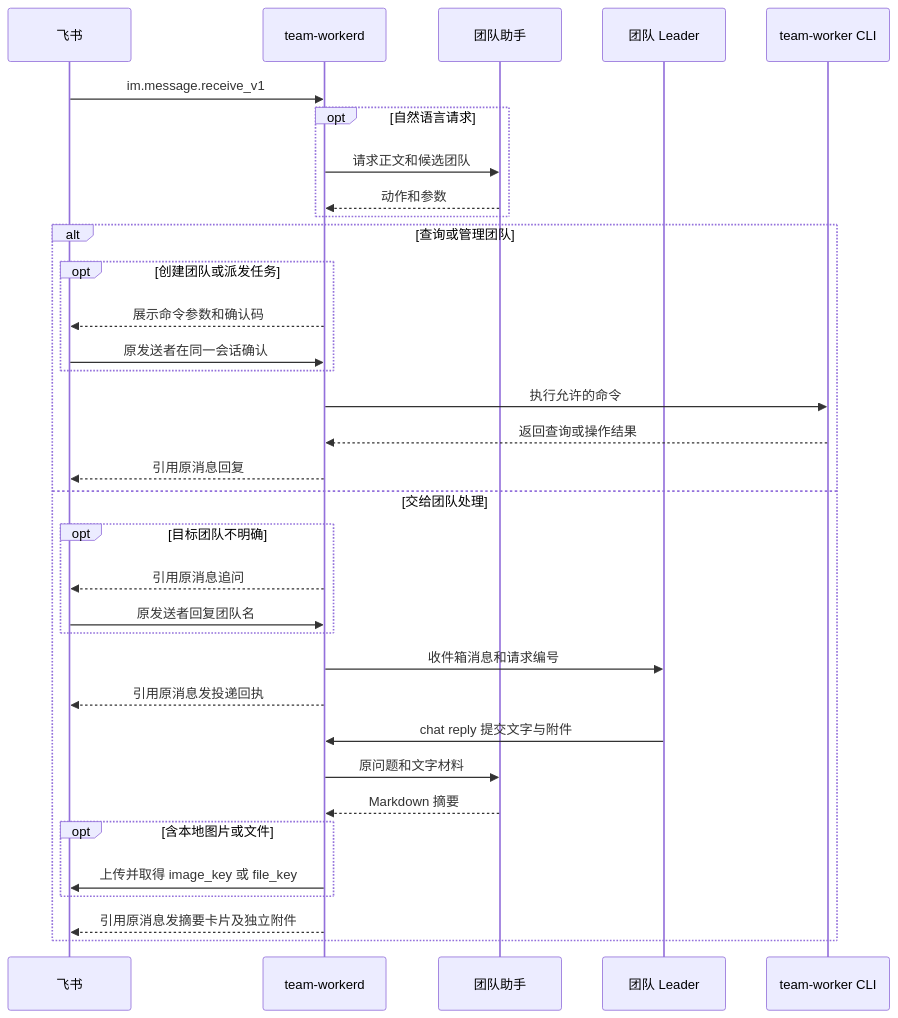
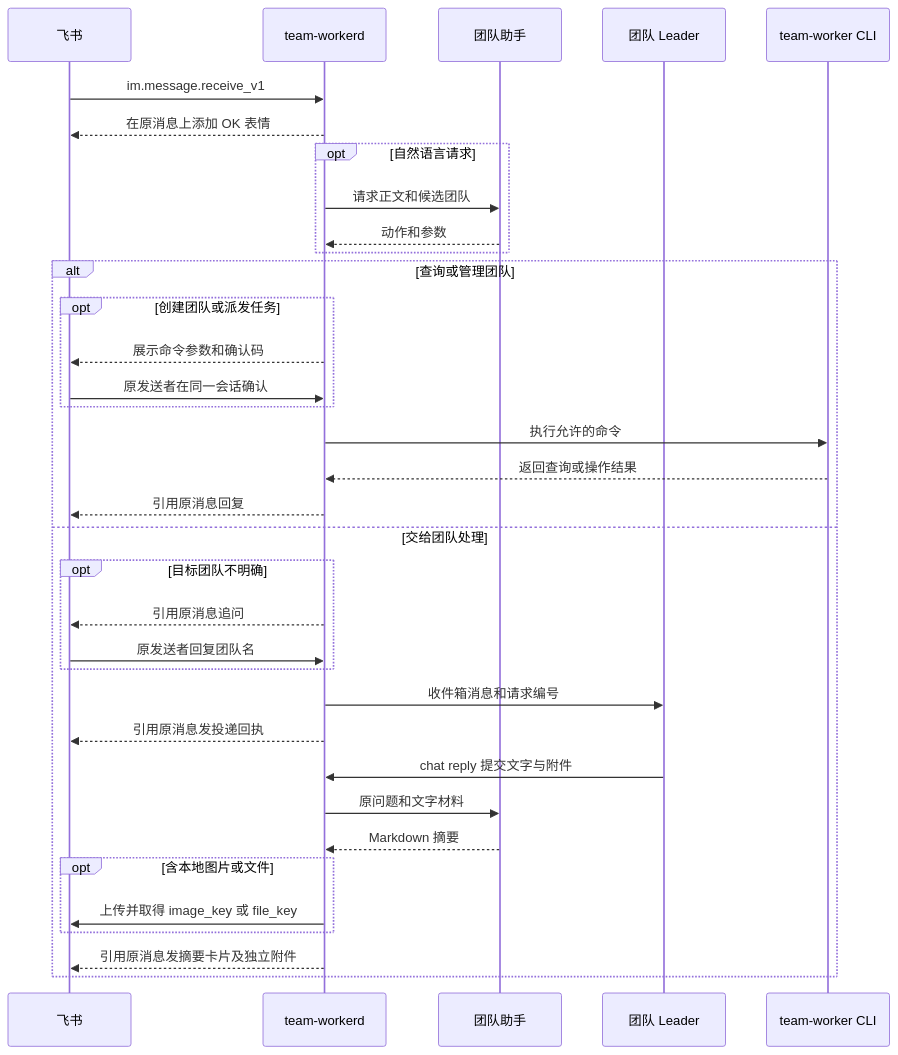
One commit to BenLocal/team-worker changed the diagram in docs/feishu-call-flow.md. Above: the diagram before and after it, drawn with Mermaid. The commit also changed other lines of this file and 4 other files, not shown here.

````diff
--- a/docs/feishu-call-flow.md
+++ b/docs/feishu-call-flow.md
@@ -13,36 +13,37 @@
 ```mermaid
 sequenceDiagram
     participant F as 飞书
     participant D as team-workerd
     participant A as 团队助手
     participant L as 团队 Leader
     participant C as team-worker CLI
     F->>D: im.message.receive_v1
+    D-->>F: 在原消息上添加 OK 表情
     opt 自然语言请求
         D->>A: 请求正文和候选团队
         A-->>D: 动作和参数
     end
     alt 查询或管理团队
         opt 创建团队或派发任务
             D-->>F: 展示命令参数和确认码
             F->>D: 原发送者在同一会话确认
         end
         D->>C: 执行允许的命令
         C-->>D: 返回查询或操作结果
         D-->>F: 引用原消息回复
     else 交给团队处理
         opt 目标团队不明确
             D-->>F: 引用原消息追问
             F->>D: 原发送者回复团队名
         end
         D->>L: 收件箱消息和请求编号
         D-->>F: 引用原消息发投递回执
         L->>D: chat reply 提交文字与附件
         D->>A: 原问题和文字材料
         A-->>D: Markdown 摘要
         opt 含本地图片或文件
             D->>F: 上传并取得 image_key 或 file_key
         end
         D-->>F: 引用原消息发摘要卡片及独立附件
     end
 ```
````
